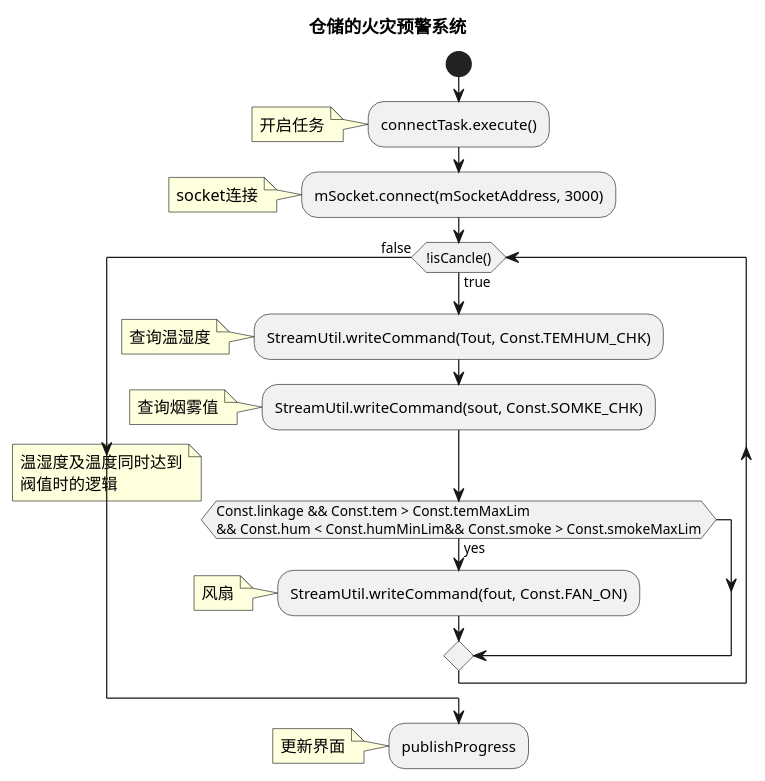
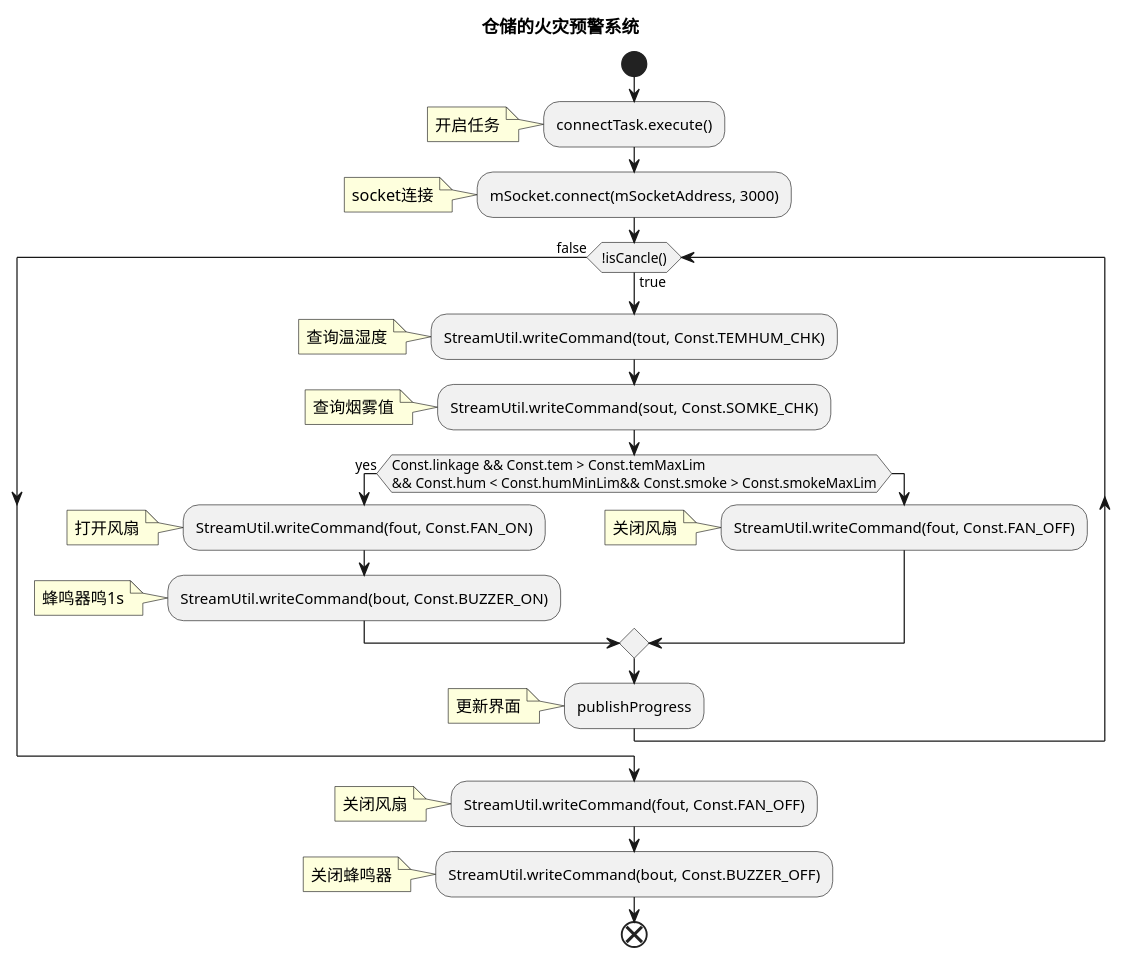
One commit to CleverWang/WarehouseFireWarning changed the diagram in app/src/main/resources/a.puml. Above: the diagram before and after it, drawn with PlantUML. The commit also changed 1 other file, not shown here.

```diff
--- a/app/src/main/resources/a.puml
+++ b/app/src/main/resources/a.puml
@@ -1,21 +1,31 @@
 @startuml
 title 仓储的火灾预警系统
 start
 :connectTask.execute();
 note:开启任务
 :mSocket.connect(mSocketAddress, 3000);
 note:socket连接
 while(!isCancle())is(true)
-:StreamUtil.writeCommand(Tout, Const.TEMHUM_CHK);
+:StreamUtil.writeCommand(tout, Const.TEMHUM_CHK);
 note:查询温湿度
 :StreamUtil.writeCommand(sout, Const.SOMKE_CHK);
 note:查询烟雾值
 if(Const.linkage && Const.tem > Const.temMaxLim \n&& Const.hum < Const.humMinLim&& Const.smoke > Const.smokeMaxLim)then (yes) 
-note:温湿度及温度同时达到\n阀值时的逻辑
+'note:温湿度及温度同时达到\n阀值时的逻辑
 :StreamUtil.writeCommand(fout, Const.FAN_ON);
-note:风扇
+note:打开风扇
+:StreamUtil.writeCommand(bout, Const.BUZZER_ON);
+note:蜂鸣器鸣1s
+else
+:StreamUtil.writeCommand(fout, Const.FAN_OFF);
+note:关闭风扇
 endif;
-endwhile(false)
 :publishProgress;
 note:更新界面
+end while(false)
+:StreamUtil.writeCommand(fout, Const.FAN_OFF);
+note:关闭风扇
+:StreamUtil.writeCommand(bout, Const.BUZZER_OFF);
+note:关闭蜂鸣器
+end
 @enduml
```
